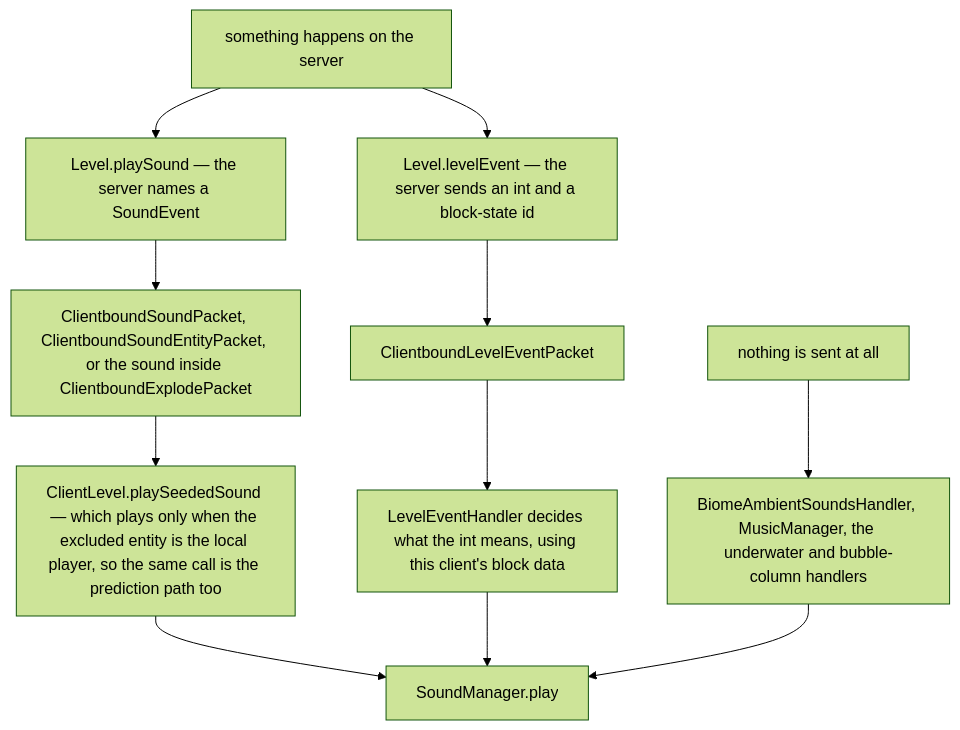
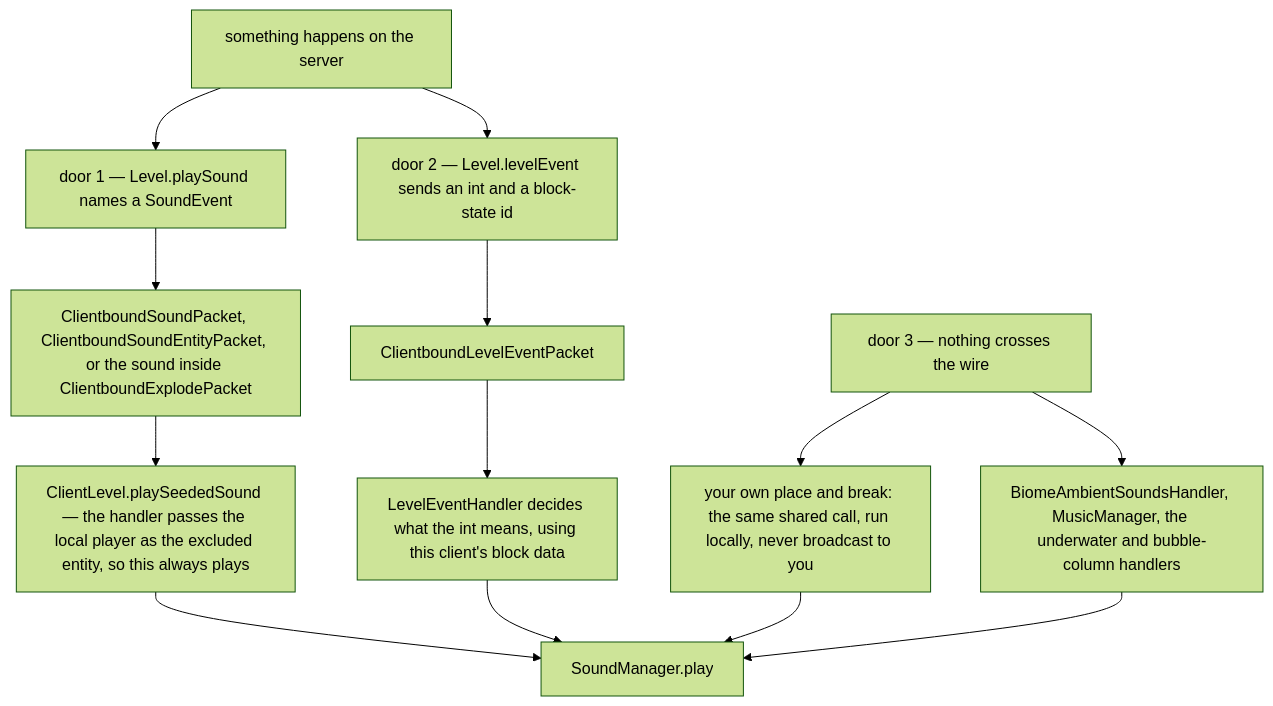
One commit to AlexanderjFraser/MinecraftDocs changed the diagram in src/systems/client/what-makes-a-sound.md. Above: the diagram before and after it, drawn with Mermaid (forest theme). The commit also changed other lines of this file and 20 other files, not shown here.

````diff
--- a/src/systems/client/what-makes-a-sound.md
+++ b/src/systems/client/what-makes-a-sound.md
@@ -40,16 +32,18 @@
 ```mermaid
 flowchart TD
     SERVER["something happens on the server"]
-    NAMED["Level.playSound — the server names a SoundEvent"]
-    EVENT["Level.levelEvent — the server sends an int and a block-state id"]
-    CLIENTONLY["nothing is sent at all"]
+    NAMED["door 1 — Level.playSound names a SoundEvent"]
+    EVENT["door 2 — Level.levelEvent sends an int and a block-state id"]
+    NOWIRE["door 3 — nothing crosses the wire"]
     P1["ClientboundSoundPacket, ClientboundSoundEntityPacket, or the sound inside ClientboundExplodePacket"]
     P2["ClientboundLevelEventPacket"]
     LEH["LevelEventHandler decides what the int means, using this client's block data"]
-    LOCAL["ClientLevel.playSeededSound — which plays only when the excluded entity is the local player, so the same call is the prediction path too"]
+    LOCAL["ClientLevel.playSeededSound — the handler passes the local player as the excluded entity, so this always plays"]
+    MINE["your own place and break: the same shared call, run locally, never broadcast to you"]
     AMB["BiomeAmbientSoundsHandler, MusicManager, the underwater and bubble-column handlers"]
     SM["SoundManager.play"]
     SERVER --> NAMED --> P1 --> LOCAL --> SM
     SERVER --> EVENT --> P2 --> LEH --> SM
-    CLIENTONLY --> AMB --> SM
+    NOWIRE --> MINE --> SM
+    NOWIRE --> AMB --> SM
 ```
````
